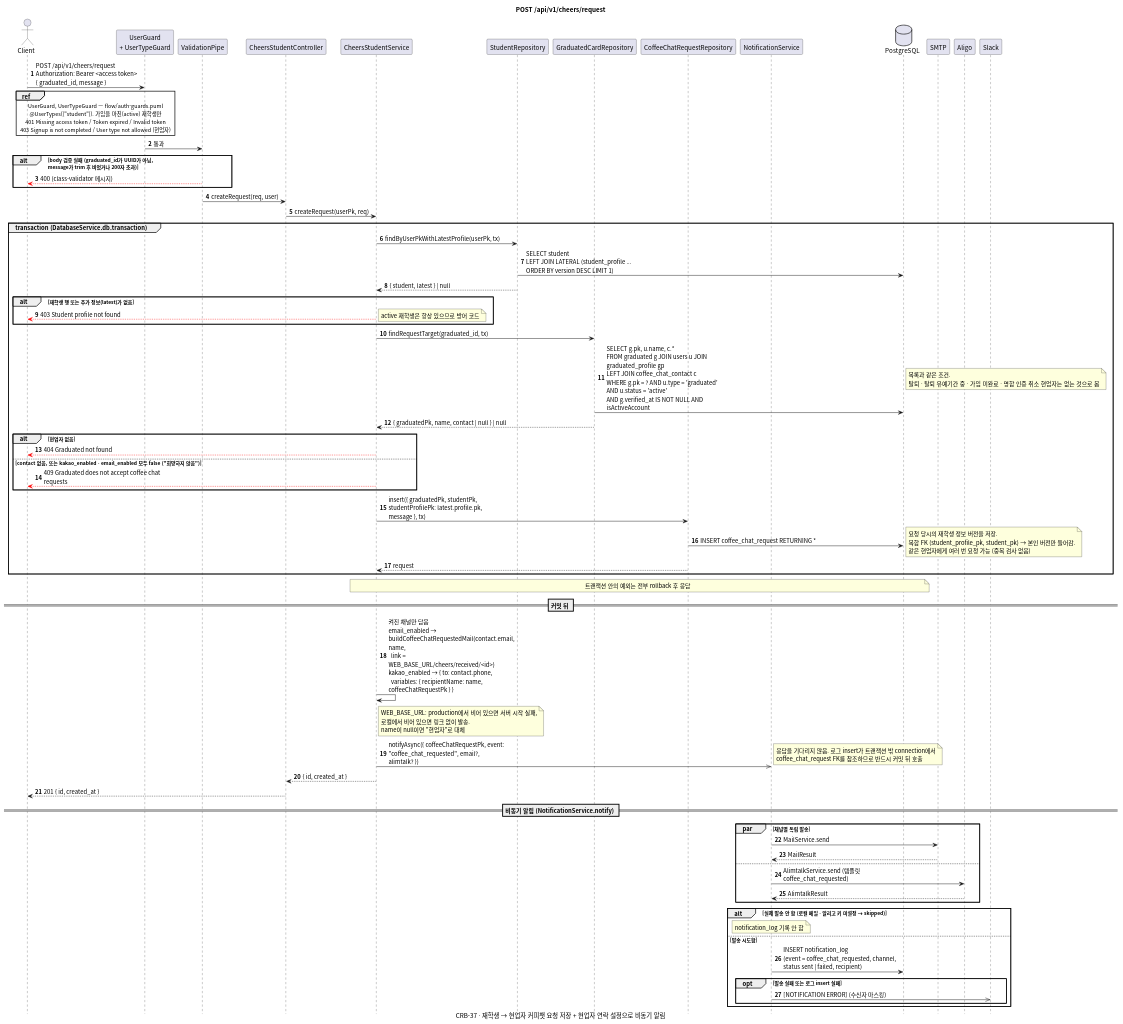
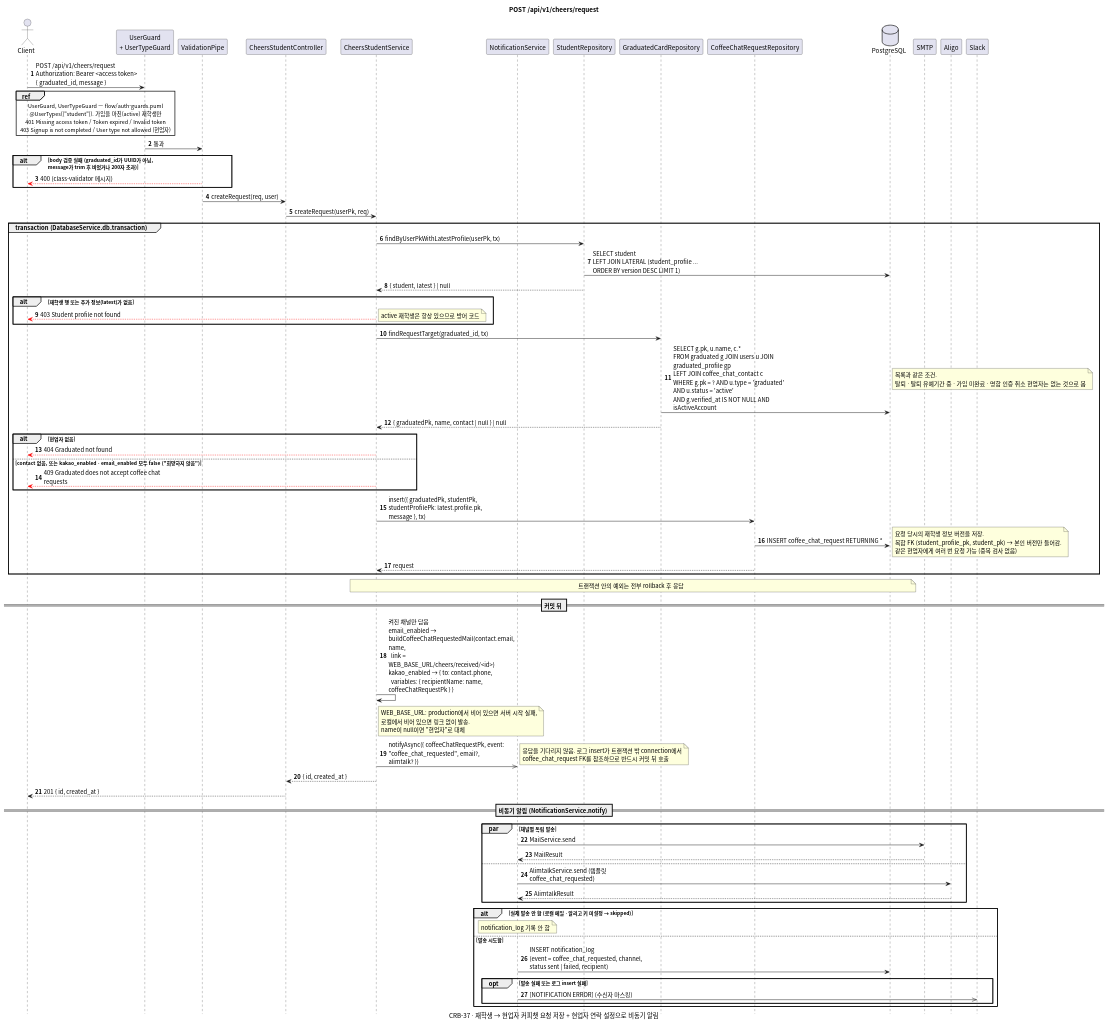
One commit to gsainfoteam/cheers-be changed the diagram in docs/sequence/cheers/post-cheers-request.puml. Above: the diagram before and after it, drawn with PlantUML. The commit also changed other lines of this file and 28 other files, not shown here.

Commit message:
- docs: align sequence diagrams with code (CRB-63)

```diff
--- a/docs/sequence/cheers/post-cheers-request.puml
+++ b/docs/sequence/cheers/post-cheers-request.puml
@@ -1,106 +1,106 @@
 @startuml post-cheers-request
 skinparam defaultFontName "Apple SD Gothic Neo", "Noto Sans CJK KR", sans-serif
 skinparam responseMessageBelowArrow true
 skinparam sequenceMessageAlign left
 skinparam maxMessageSize 260
 skinparam BoxPadding 8
 skinparam shadowing false
 autonumber
 hide footbox
 
 title POST /api/v1/cheers/request
 caption CRB-37 · 재학생 → 현업자 커피챗 요청 저장 + 현업자 연락 설정으로 비동기 알림
 
 actor Client
 participant "UserGuard\n+ UserTypeGuard" as Guard
 participant "ValidationPipe" as Pipe
 participant "CheersStudentController" as Controller
 participant "CheersStudentService" as Service
+participant "NotificationService" as NotificationService
 participant "StudentRepository" as StudentRepository
 participant "GraduatedCardRepository" as GraduatedCardRepository
 participant "CoffeeChatRequestRepository" as CoffeeChatRequestRepository
-participant "NotificationService" as NotificationService
 database PostgreSQL
 participant "SMTP"
 participant "Aligo"
 participant "Slack"
 
 Client -> Guard: POST /api/v1/cheers/request\nAuthorization: Bearer <access token>\n{ graduated_id, message }
 ref over Client, Guard
   UserGuard, UserTypeGuard — flow/auth-guards.puml
   @UserTypes(["student"]). 가입을 마친(active) 재학생만
   401 Missing access token / Token expired / Invalid token
   403 Signup is not completed / User type not allowed (현업자)
 end ref
 Guard -> Pipe: 통과
 alt body 검증 실패 (graduated_id가 UUID가 아님,\nmessage가 trim 후 비었거나 200자 초과)
   Pipe -[#red]-> Client: 400 (class-validator 메시지)
 end
 Pipe -> Controller: createRequest(req, user)
 Controller -> Service: createRequest(userPk, req)
 
 group transaction (DatabaseService.db.transaction)
   Service -> StudentRepository: findByUserPkWithLatestProfile(userPk, tx)
   StudentRepository -> PostgreSQL: SELECT student\nLEFT JOIN LATERAL (student_profile ...\nORDER BY version DESC LIMIT 1)
   StudentRepository --> Service: { student, latest } | null
   alt 재학생 행 또는 추가 정보(latest)가 없음
     Service -[#red]-> Client: 403 Student profile not found
     note right: active 재학생은 항상 있으므로 방어 코드
   end
 
   Service -> GraduatedCardRepository: findRequestTarget(graduated_id, tx)
   GraduatedCardRepository -> PostgreSQL: SELECT g.pk, u.name, c.*\nFROM graduated g JOIN users u JOIN graduated_profile gp\nLEFT JOIN coffee_chat_contact c\nWHERE g.pk = ? AND u.type = 'graduated' AND u.status = 'active'\nAND g.verified_at IS NOT NULL AND isActiveAccount
   note right: 목록과 같은 조건.\n탈퇴 · 탈퇴 유예기간 중 · 가입 미완료 · 명함 인증 취소 현업자는 없는 것으로 봄
   GraduatedCardRepository --> Service: { graduatedPk, name, contact | null } | null
   alt 현업자 없음
     Service -[#red]-> Client: 404 Graduated not found
   else contact 없음, 또는 kakao_enabled · email_enabled 모두 false ("희망하지 않음")
     Service -[#red]-> Client: 409 Graduated does not accept coffee chat requests
   end
 
   Service -> CoffeeChatRequestRepository: insert({ graduatedPk, studentPk,\nstudentProfilePk: latest.profile.pk, message }, tx)
   CoffeeChatRequestRepository -> PostgreSQL: INSERT coffee_chat_request RETURNING *
   note right
     요청 당시의 재학생 정보 버전을 저장.
     복합 FK (student_profile_pk, student_pk) → 본인 버전만 들어감.
     같은 현업자에게 여러 번 요청 가능 (중복 검사 없음)
   end note
   CoffeeChatRequestRepository --> Service: request
 end
 note over Service, PostgreSQL: 트랜잭션 안의 예외는 전부 rollback 후 응답
 
 == 커밋 뒤 ==
 
 Service -> Service: 켜진 채널만 담음\nemail_enabled → buildCoffeeChatRequestedMail(contact.email, name,\n  link = WEB_BASE_URL/cheers/received/<id>)\nkakao_enabled → { to: contact.phone,\n  variables: { recipientName: name, coffeeChatRequestPk } }
 note right of Service
   WEB_BASE_URL: production에서 비어 있으면 서버 시작 실패,
   로컬에서 비어 있으면 링크 없이 발송.
   name이 null이면 "현업자"로 대체
 end note
 Service ->> NotificationService: notifyAsync({ coffeeChatRequestPk, event: "coffee_chat_requested", email?, alimtalk? })
 note right
   응답을 기다리지 않음. 로그 insert가 트랜잭션 밖 connection에서
   coffee_chat_request FK를 참조하므로 반드시 커밋 뒤 호출
 end note
 Service --> Controller: { id, created_at }
 Controller --> Client: 201 { id, created_at }
 
 == 비동기 알림 (NotificationService.notify) ==
 
 par 채널별 독립 발송
   NotificationService -> SMTP: MailService.send
   SMTP --> NotificationService: MailResult
 else
   NotificationService -> Aligo: AlimtalkService.send (템플릿 coffee_chat_requested)
   Aligo --> NotificationService: AlimtalkResult
 end
 alt 실제 발송 안 함 (로컬 메일 · 알리고 키 미설정 → skipped)
   note over NotificationService: notification_log 기록 안 함
 else 발송 시도함
   NotificationService -> PostgreSQL: INSERT notification_log\n(event = coffee_chat_requested, channel, status sent | failed, recipient)
   opt 발송 실패 또는 로그 insert 실패
     NotificationService ->> Slack: [NOTIFICATION ERROR] (수신자 마스킹)
   end
 end
 
 @enduml
```
